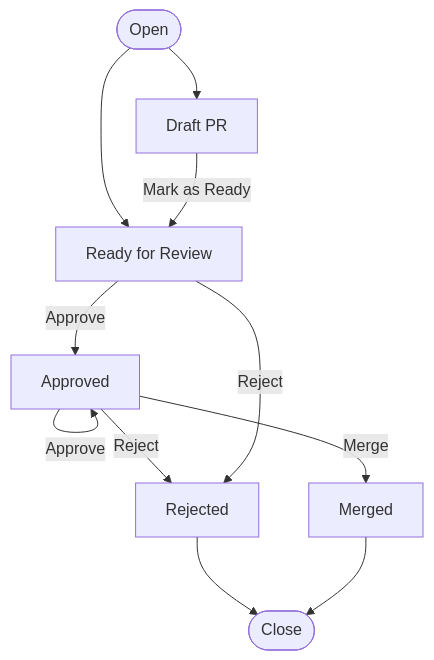
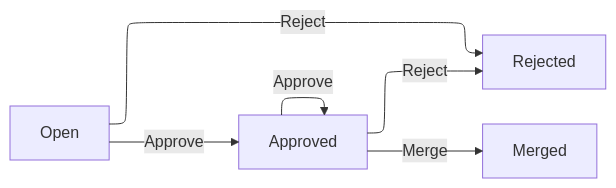
One commit to Fios-Quest/advanced-rust-in-easy-steps changed the second of 2 diagrams in src/patterns/typestate.md. Above: the diagram before and after it, drawn with Mermaid. The commit also changed other lines of this file, not shown here.

````diff
--- a/src/patterns/typestate.md
+++ b/src/patterns/typestate.md
@@ -13,21 +20,17 @@
 ```mermaid
-flowchart
-    Start([Open])
-    A[Draft PR]
-    B[Ready for Review]
-    C[Approved]
-    D[Rejected]
-    E[Merged]
-    End([Close])
+---
+config:
+  layout: elk
+---
+flowchart LR
+    O[Open]
+    A[Approved]
+    R[Rejected]
+    M[Merged]
 
-    Start --> A
-    Start --> B
-    A -- Mark as Ready --> B
-    B -- Approve --> C
-    C -- Approve --> C
-    C -- Reject --> D
-    B -- Reject --> D
-    C -- Merge --> E
-    D --> End
-    E --> End
+    O -- Approve --> A
+    A -- Approve --> A
+    O -- Reject --> R
+    A -- Reject --> R
+    A -- Merge --> M
 ```
````
